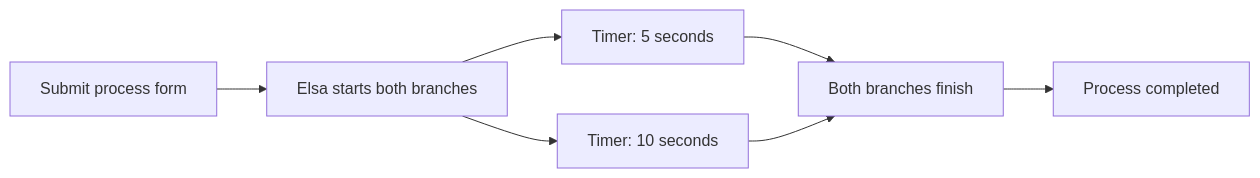
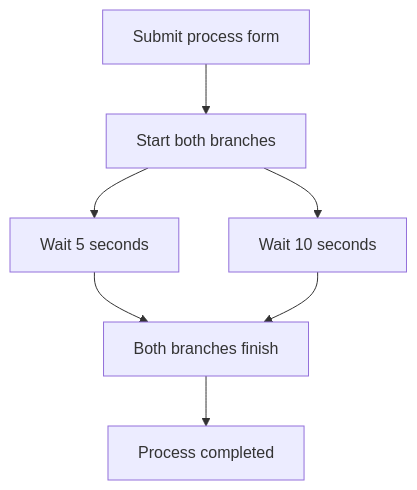
Before and after one commit to cevikburak1/flowops: the second of 4 diagrams in README.md, drawn with Mermaid. The commit also changed other lines of this file, not shown here.

Commit message:
Show Elsa and n8n workflow examples at the top of the README (#2)

````diff
--- a/README.md
+++ b/README.md
@@ -77,9 +40,9 @@
 ```mermaid
-flowchart LR
-    Form["Submit process form"] --> Fork["Elsa starts both branches"]
-    Fork --> A["Timer: 5 seconds"]
-    Fork --> B["Timer: 10 seconds"]
+flowchart TD
+    Form["Submit process form"] --> Fork["Start both branches"]
+    Fork --> A["Wait 5 seconds"]
+    Fork --> B["Wait 10 seconds"]
     A --> Join["Both branches finish"]
     B --> Join
     Join --> Complete["Process completed"]
 ```
````
